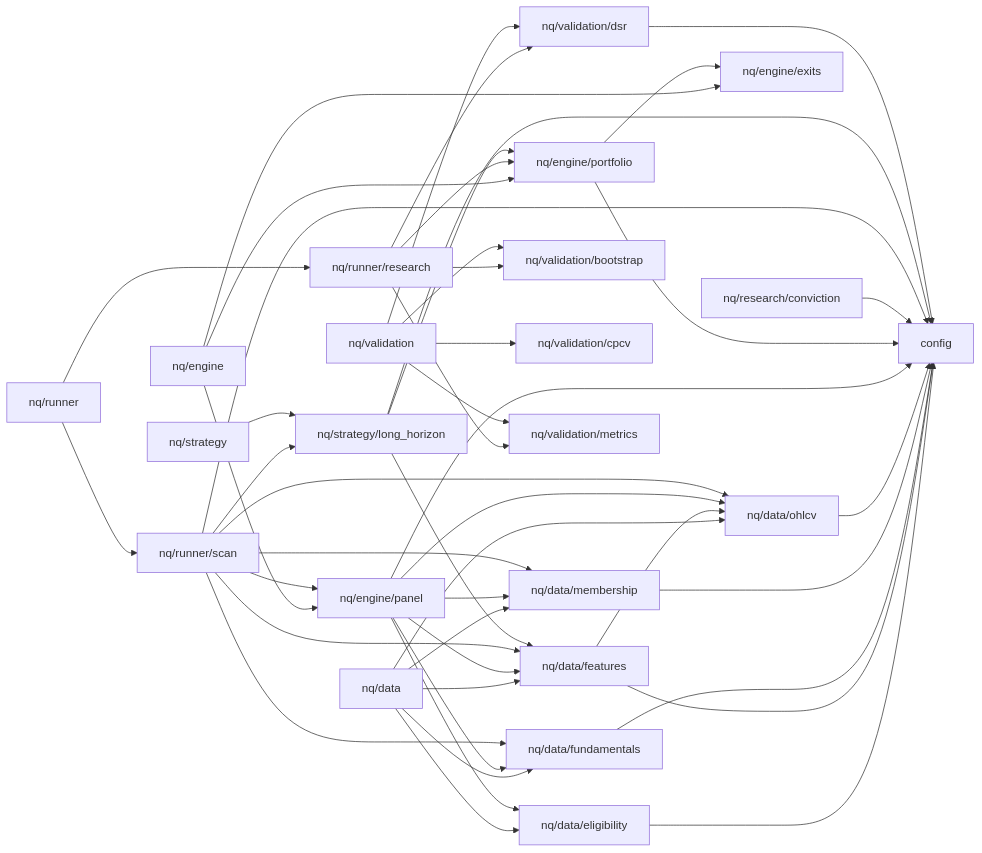
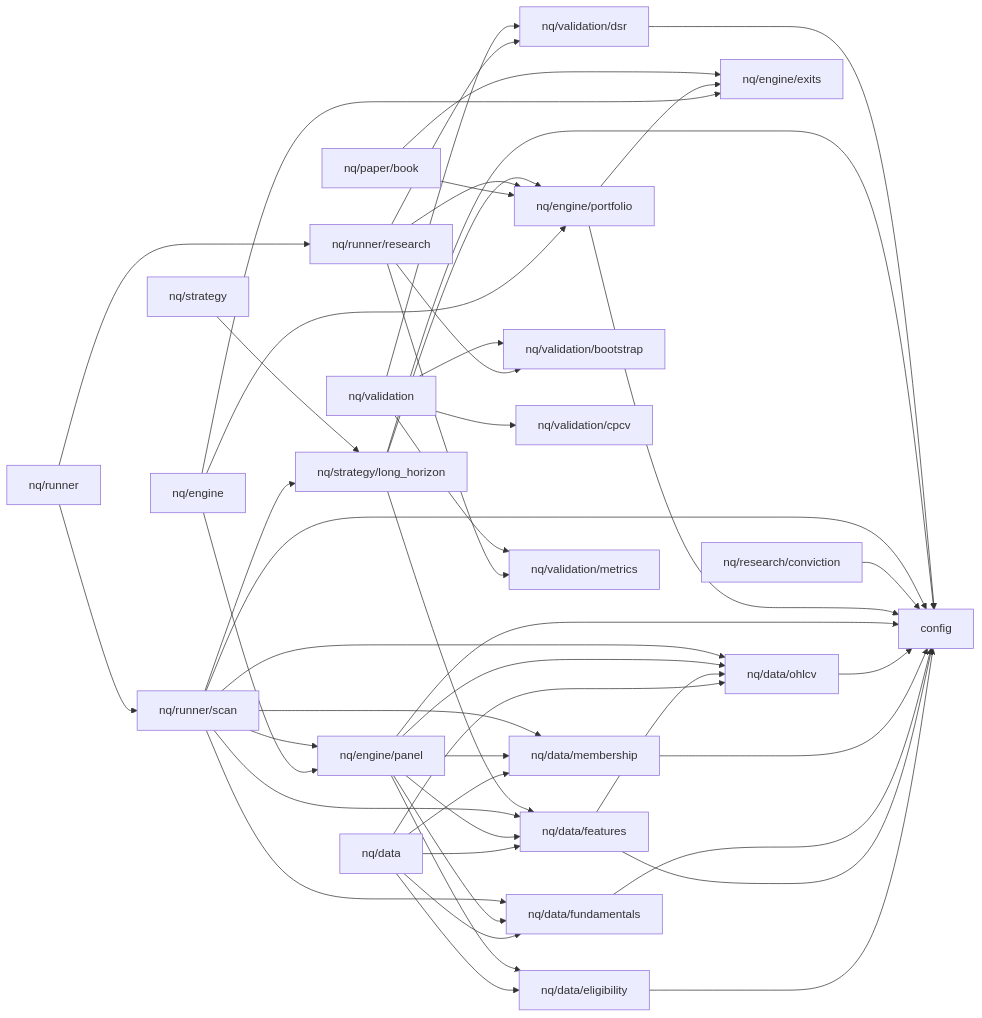
One commit to kreeshpatel/nifty-satvik changed the diagram in docs/DEPENDENCY_MAP.md. Above: the diagram before and after it, drawn with Mermaid. The commit also changed 3 other files, not shown here.

First line of the commit message:
feat(paper): Stage-E block 2 — lean parity paper book (live == backtest, cron-resumable)

````diff
--- a/docs/DEPENDENCY_MAP.md
+++ b/docs/DEPENDENCY_MAP.md
@@ -9,70 +9,73 @@
 ```mermaid
 flowchart LR
     config["config"]
     nq_data["nq/data"]
     nq_data_eligibility["nq/data/eligibility"]
     nq_data_features["nq/data/features"]
     nq_data_fundamentals["nq/data/fundamentals"]
     nq_data_membership["nq/data/membership"]
     nq_data_ohlcv["nq/data/ohlcv"]
     nq_engine["nq/engine"]
     nq_engine_exits["nq/engine/exits"]
     nq_engine_panel["nq/engine/panel"]
     nq_engine_portfolio["nq/engine/portfolio"]
+    nq_paper_book["nq/paper/book"]
     nq_research_conviction["nq/research/conviction"]
     nq_runner["nq/runner"]
     nq_runner_research["nq/runner/research"]
     nq_runner_scan["nq/runner/scan"]
     nq_strategy["nq/strategy"]
     nq_strategy_long_horizon["nq/strategy/long_horizon"]
     nq_validation["nq/validation"]
     nq_validation_bootstrap["nq/validation/bootstrap"]
     nq_validation_cpcv["nq/validation/cpcv"]
     nq_validation_dsr["nq/validation/dsr"]
     nq_validation_metrics["nq/validation/metrics"]
     nq_data --> nq_data_eligibility
     nq_data --> nq_data_features
     nq_data --> nq_data_fundamentals
     nq_data --> nq_data_membership
     nq_data --> nq_data_ohlcv
     nq_data_eligibility --> config
     nq_data_features --> config
     nq_data_features --> nq_data_ohlcv
     nq_data_fundamentals --> config
     nq_data_membership --> config
     nq_data_ohlcv --> config
     nq_engine --> nq_engine_exits
     nq_engine --> nq_engine_panel
     nq_engine --> nq_engine_portfolio
     nq_engine_panel --> config
     nq_engine_panel --> nq_data_eligibility
     nq_engine_panel --> nq_data_features
     nq_engine_panel --> nq_data_fundamentals
     nq_engine_panel --> nq_data_membership
     nq_engine_panel --> nq_data_ohlcv
     nq_engine_portfolio --> config
     nq_engine_portfolio --> nq_engine_exits
+    nq_paper_book --> nq_engine_exits
+    nq_paper_book --> nq_engine_portfolio
     nq_research_conviction --> config
     nq_runner --> nq_runner_research
     nq_runner --> nq_runner_scan
     nq_runner_research --> nq_engine_portfolio
     nq_runner_research --> nq_validation_bootstrap
     nq_runner_research --> nq_validation_dsr
     nq_runner_research --> nq_validation_metrics
     nq_runner_scan --> config
     nq_runner_scan --> nq_data_features
     nq_runner_scan --> nq_data_fundamentals
     nq_runner_scan --> nq_data_membership
     nq_runner_scan --> nq_data_ohlcv
     nq_runner_scan --> nq_engine_panel
     nq_runner_scan --> nq_strategy_long_horizon
     nq_strategy --> nq_strategy_long_horizon
     nq_strategy_long_horizon --> config
     nq_strategy_long_horizon --> nq_data_features
     nq_strategy_long_horizon --> nq_engine_portfolio
     nq_validation --> nq_validation_bootstrap
     nq_validation --> nq_validation_cpcv
     nq_validation --> nq_validation_dsr
     nq_validation --> nq_validation_metrics
     nq_validation_dsr --> config
 ```
````
